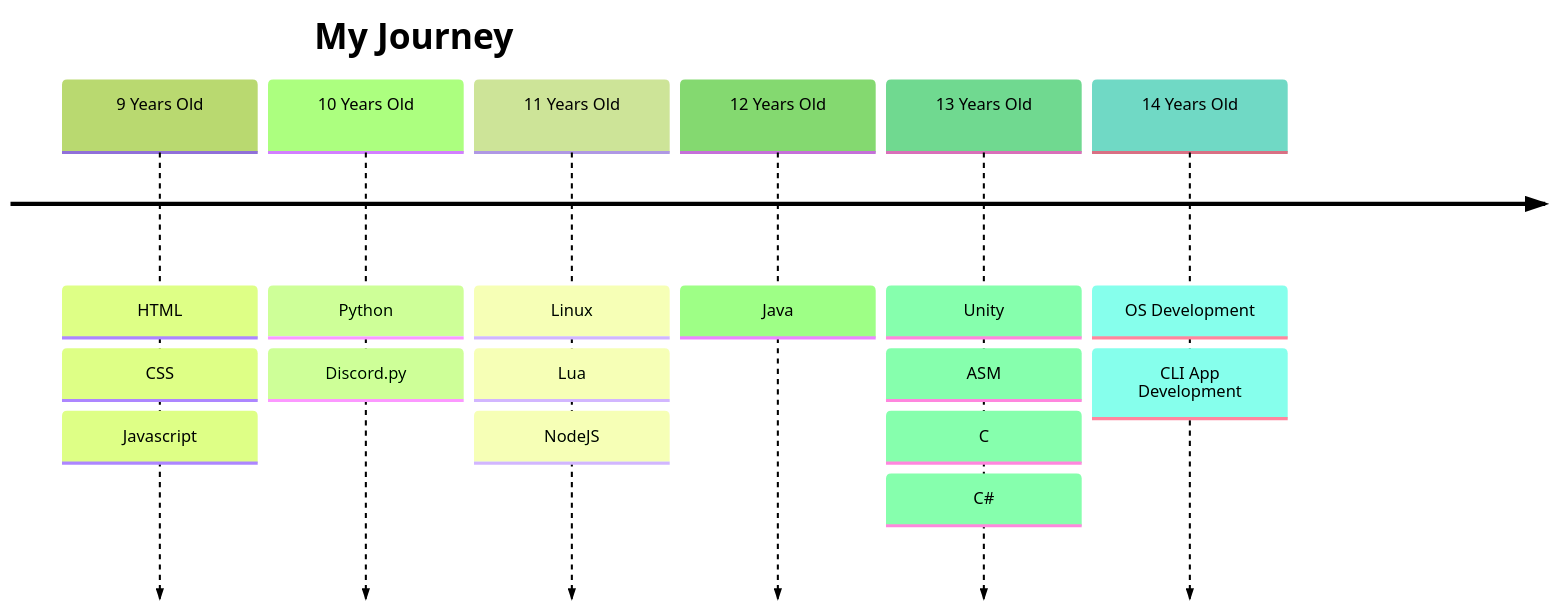
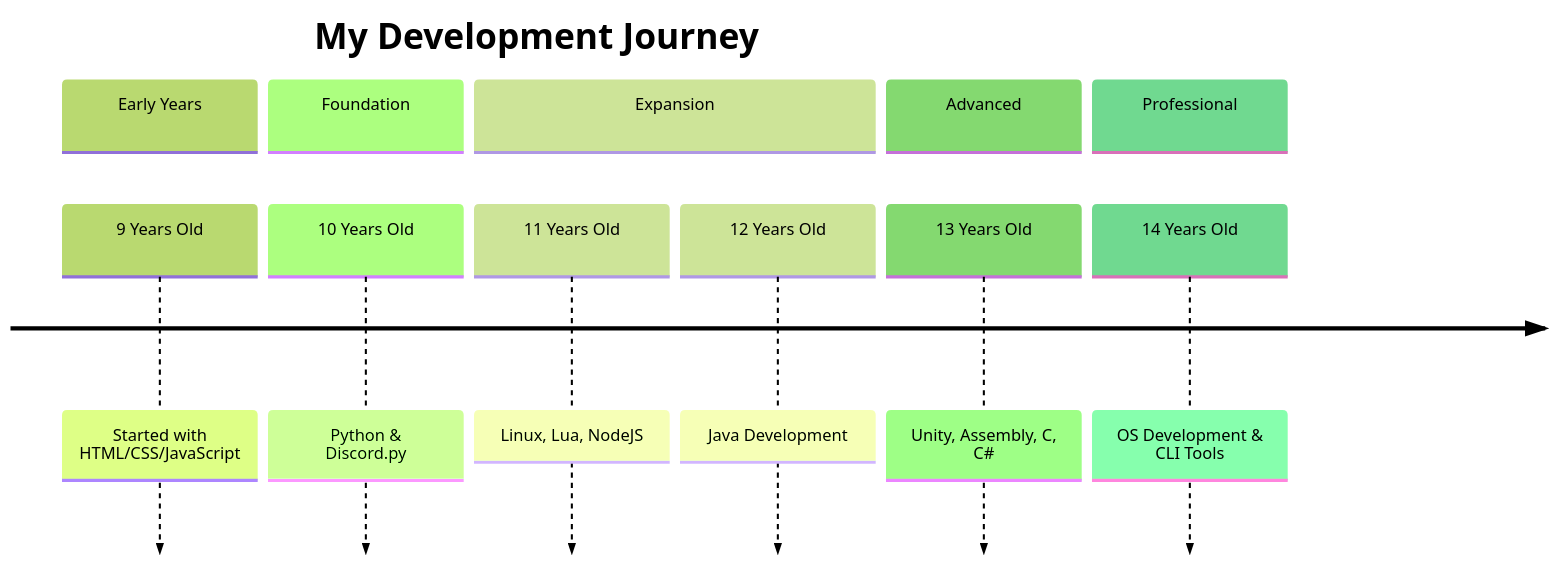
One commit to AnomalyRuntime/AnomalyRuntime changed the diagram in README.md. Above: the diagram before and after it, drawn with Mermaid (forest theme). The commit also changed other lines of this file, not shown here.

````diff
--- a/README.md
+++ b/README.md
@@ -52,25 +100,15 @@
 ```mermaid
 timeline
-title My Journey
-9 Years Old
-  : HTML
-  : CSS
-  : Javascript
-10 Years Old
-  : Python
-  : Discord.py
-11 Years Old
-  : Linux
-  : Lua
-  : NodeJS
-12 Years Old
-  : Java
-13 Years Old
-  : Unity
-  : ASM
-  : C
-  : C#
-14 Years Old
-  : OS Development
-  : CLI App Development
-```   
+    title My Development Journey
+    section Early Years
+        9 Years Old : Started with HTML/CSS/JavaScript
+    section Foundation
+        10 Years Old : Python & Discord.py
+    section Expansion
+        11 Years Old : Linux, Lua, NodeJS
+        12 Years Old : Java Development
+    section Advanced
+        13 Years Old : Unity, Assembly, C, C#
+    section Professional
+        14 Years Old : OS Development & CLI Tools
+```
````
